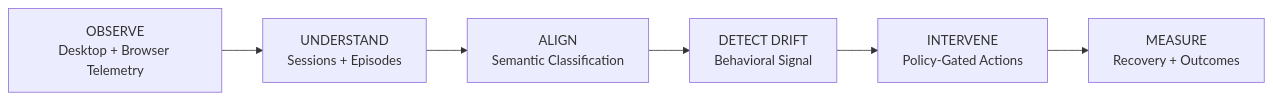
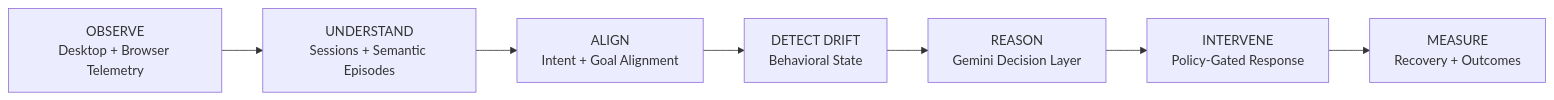
One commit to Nithin031/Noema changed the first of 2 diagrams in README.md. Above: the diagram before and after it, drawn with Mermaid. The commit also changed other lines of this file, not shown here.

````diff
--- a/README.md
+++ b/README.md
@@ -55,11 +71,12 @@
 ```mermaid
 flowchart LR
     A["OBSERVE<br/>Desktop + Browser Telemetry"]
-    B["UNDERSTAND<br/>Sessions + Episodes"]
-    C["ALIGN<br/>Semantic Classification"]
-    D["DETECT DRIFT<br/>Behavioral Signal"]
-    E["INTERVENE<br/>Policy-Gated Actions"]
-    F["MEASURE<br/>Recovery + Outcomes"]
+    B["UNDERSTAND<br/>Sessions + Semantic Episodes"]
+    C["ALIGN<br/>Intent + Goal Alignment"]
+    D["DETECT DRIFT<br/>Behavioral State"]
+    E["REASON<br/>Gemini Decision Layer"]
+    F["INTERVENE<br/>Policy-Gated Response"]
+    G["MEASURE<br/>Recovery + Outcomes"]
 
-    A --> B --> C --> D --> E --> F
+    A --> B --> C --> D --> E --> F --> G
 ```
````
